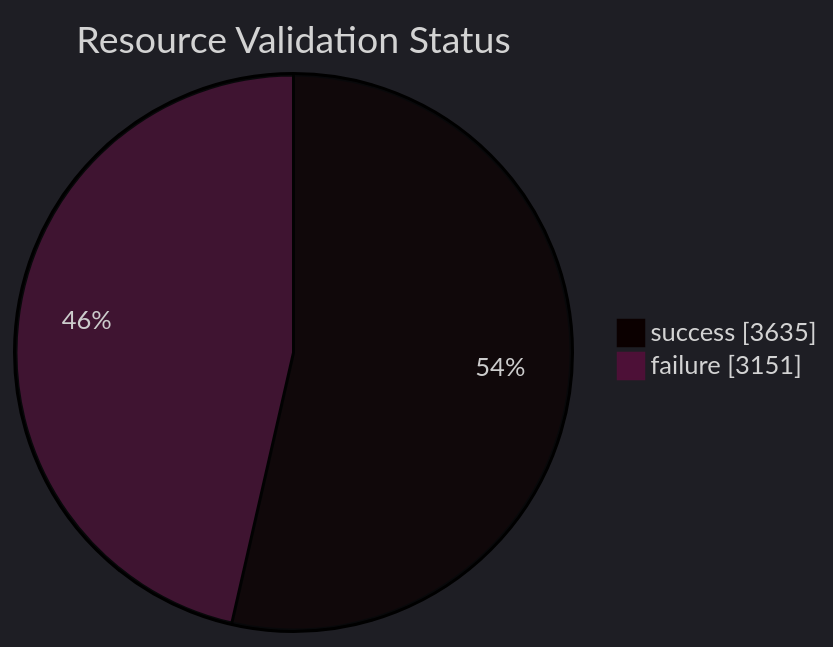
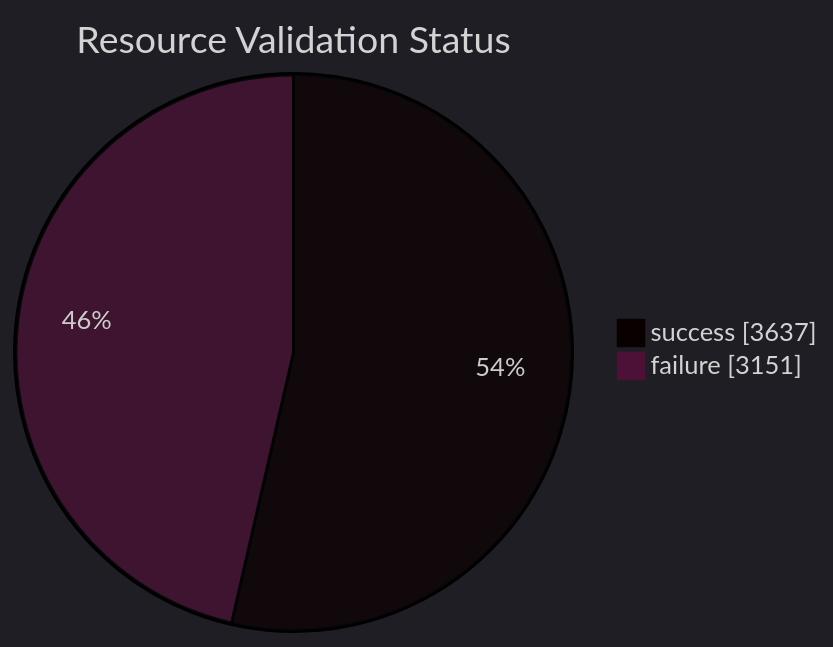
One commit to open-data/analytics-corporate-reporting changed the diagram in datastore_tracker/resource_validation_status_pie_chart.md. Above: the diagram before and after it, drawn with Mermaid. The commit also changed 8 other files, not shown here.

````diff
--- a/datastore_tracker/resource_validation_status_pie_chart.md
+++ b/datastore_tracker/resource_validation_status_pie_chart.md
@@ -2,9 +2,9 @@
 ```mermaid
 ---
 config:
   theme: dark
 ---
 pie showData title Resource Validation Status
-    "success": 3635
+    "success": 3637
     "failure": 3151
 ```
````
